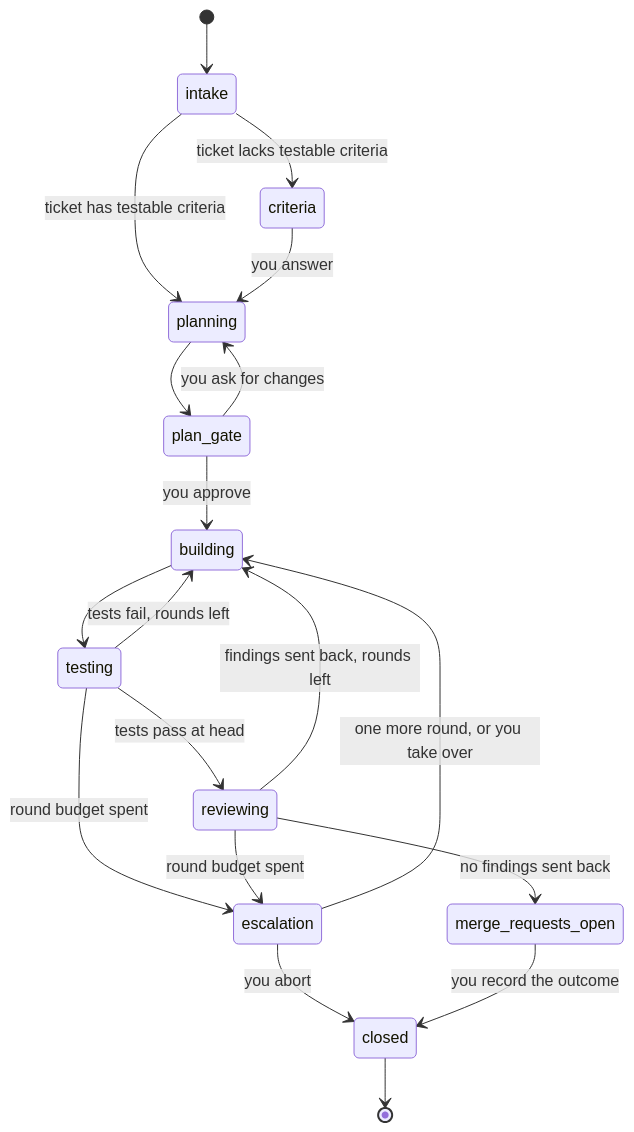
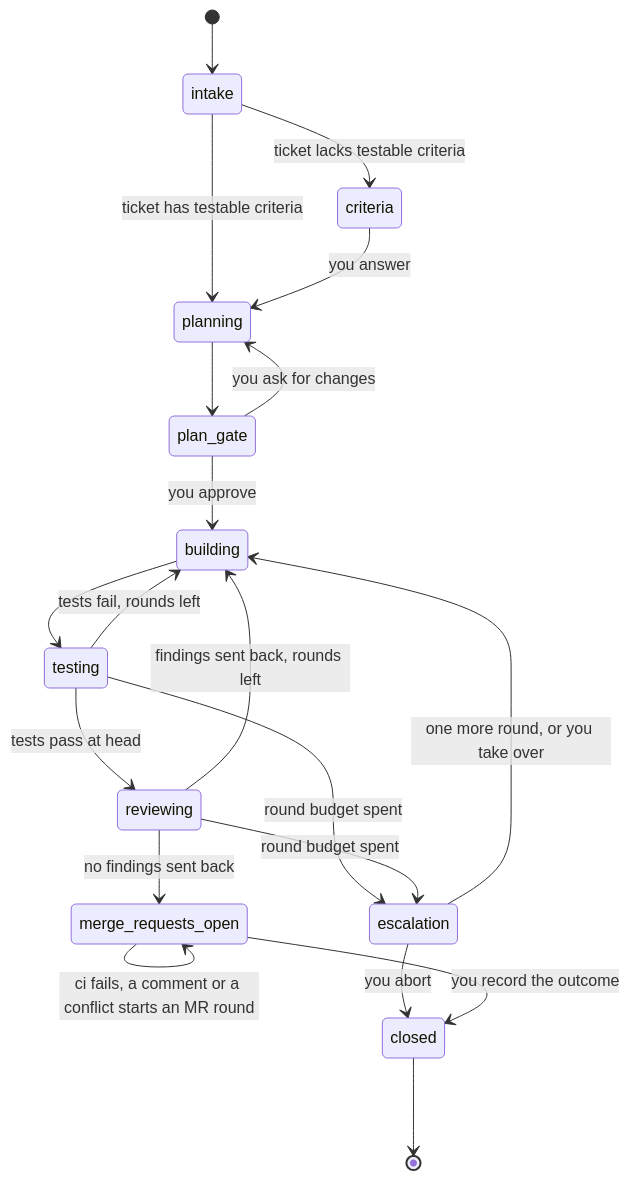
The diagram in docs/explanation/architecture.md (cobekarhoff/ark), drawn with Mermaid before and after one commit. The commit also changed other lines of this file and 4 other files, not shown here.

````diff
--- a/docs/explanation/architecture.md
+++ b/docs/explanation/architecture.md
@@ -31,21 +31,22 @@
 ```mermaid
 stateDiagram-v2
   [*] --> intake
   intake --> criteria: ticket lacks testable criteria
   intake --> planning: ticket has testable criteria
   criteria --> planning: you answer
   planning --> plan_gate
   plan_gate --> planning: you ask for changes
   plan_gate --> building: you approve
   building --> testing
   testing --> reviewing: tests pass at head
   testing --> building: tests fail, rounds left
   reviewing --> building: findings sent back, rounds left
   reviewing --> merge_requests_open: no findings sent back
   testing --> escalation: round budget spent
   reviewing --> escalation: round budget spent
   escalation --> building: one more round, or you take over
   escalation --> closed: you abort
+  merge_requests_open --> merge_requests_open: ci fails, a comment or a conflict starts an MR round
   merge_requests_open --> closed: you record the outcome
   closed --> [*]
 ```
````
